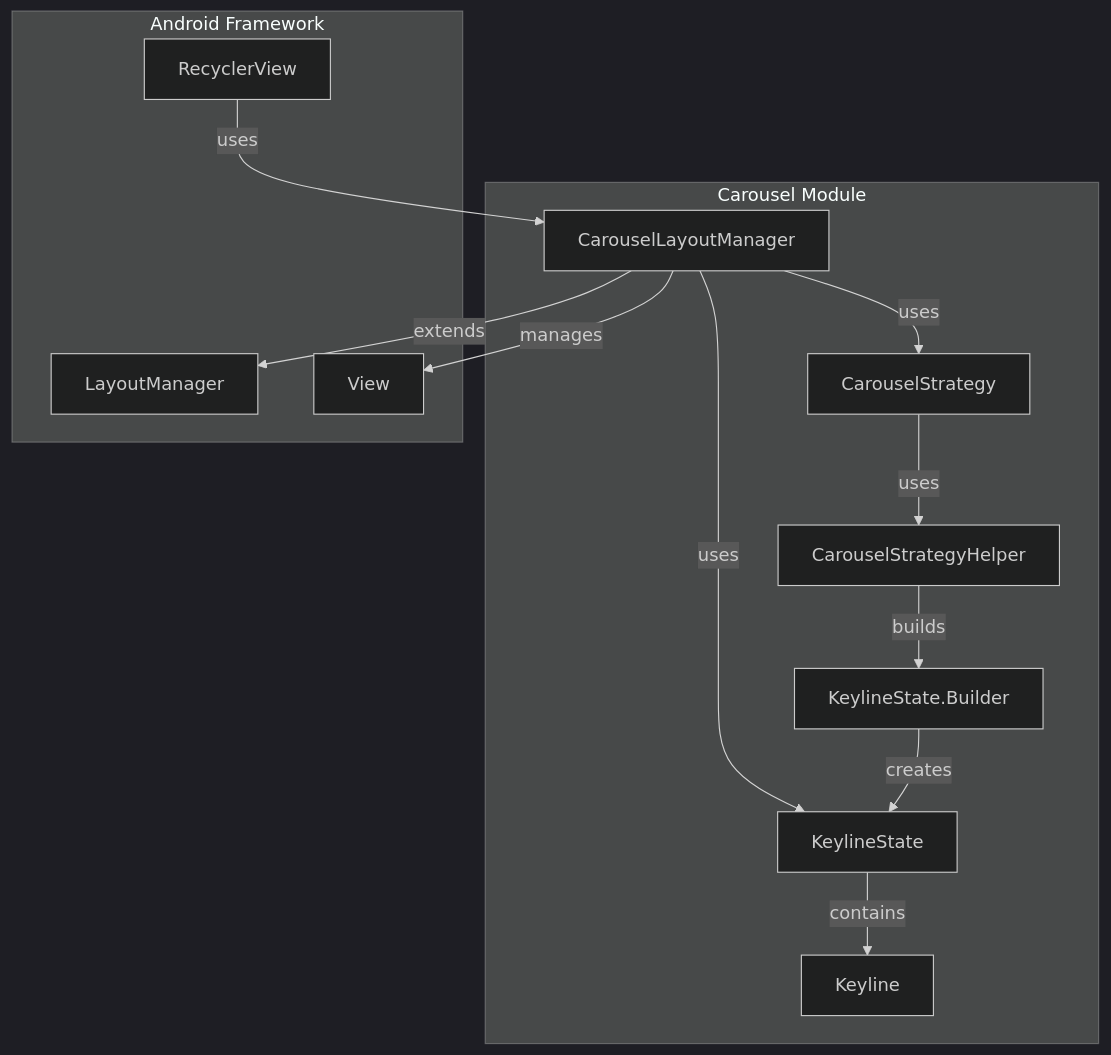
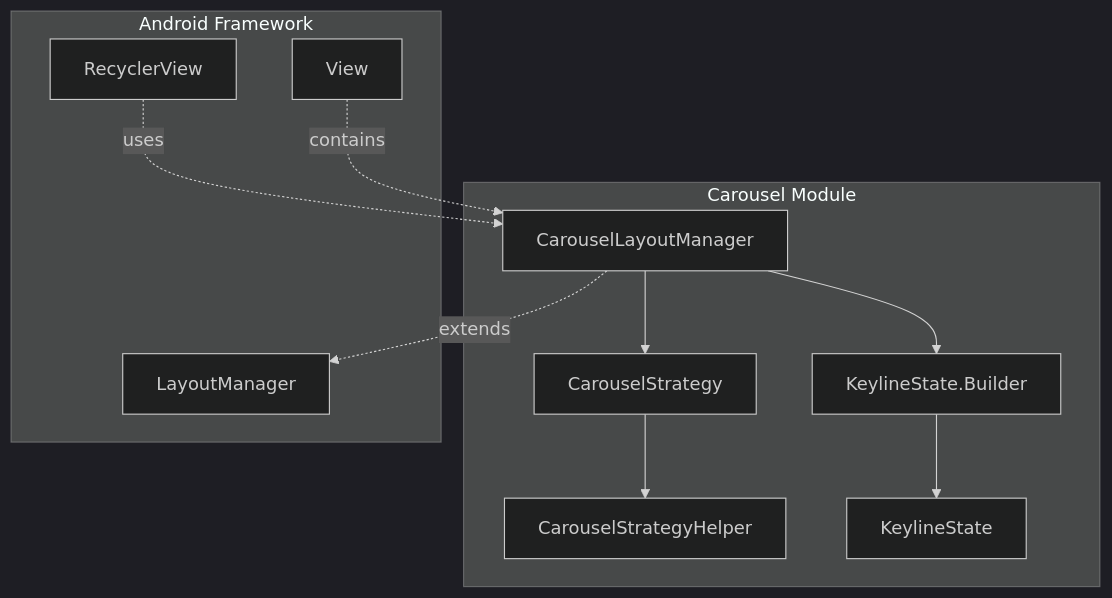
The diagram in docs/material-components--material-components-android-docs/carousel.md (FSoft-AI4Code/codewiki-demo), drawn with Mermaid (dark theme) before and after one commit. The commit also changed other lines of this file and 1103 other files, not shown here.

````diff
--- a/docs/material-components--material-components-android-docs/carousel.md
+++ b/docs/material-components--material-components-android-docs/carousel.md
@@ -19,27 +18,24 @@
 ```mermaid
 graph TB
     subgraph "Carousel Module"
         CLM[CarouselLayoutManager]
         CS[CarouselStrategy]
         KSB[KeylineState.Builder]
         CSH[CarouselStrategyHelper]
-        KS[KeylineState]
-        KL[Keyline]
+        
+        CLM --> CS
+        CLM --> KSB
+        CS --> CSH
+        KSB --> KS[KeylineState]
     end
     
     subgraph "Android Framework"
         RV[RecyclerView]
         LM[LayoutManager]
-        VL[View]
+        V[View]
     end
     
-    CLM -->|extends| LM
-    CLM -->|uses| CS
-    CLM -->|uses| KS
-    CLM -->|manages| VL
-    CS -->|uses| CSH
-    CSH -->|builds| KSB
-    KSB -->|creates| KS
-    KS -->|contains| KL
-    RV -->|uses| CLM
+    CLM -.->|extends| LM
+    RV -.->|uses| CLM
+    V -.->|contains| CLM
 ```
````
